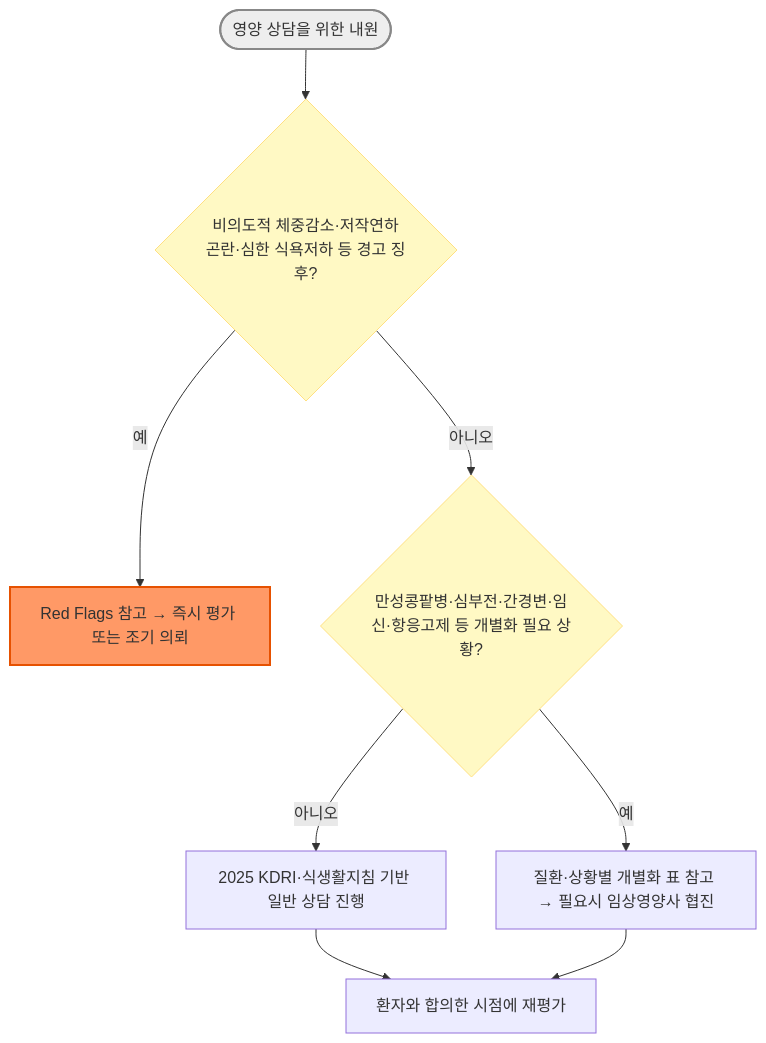
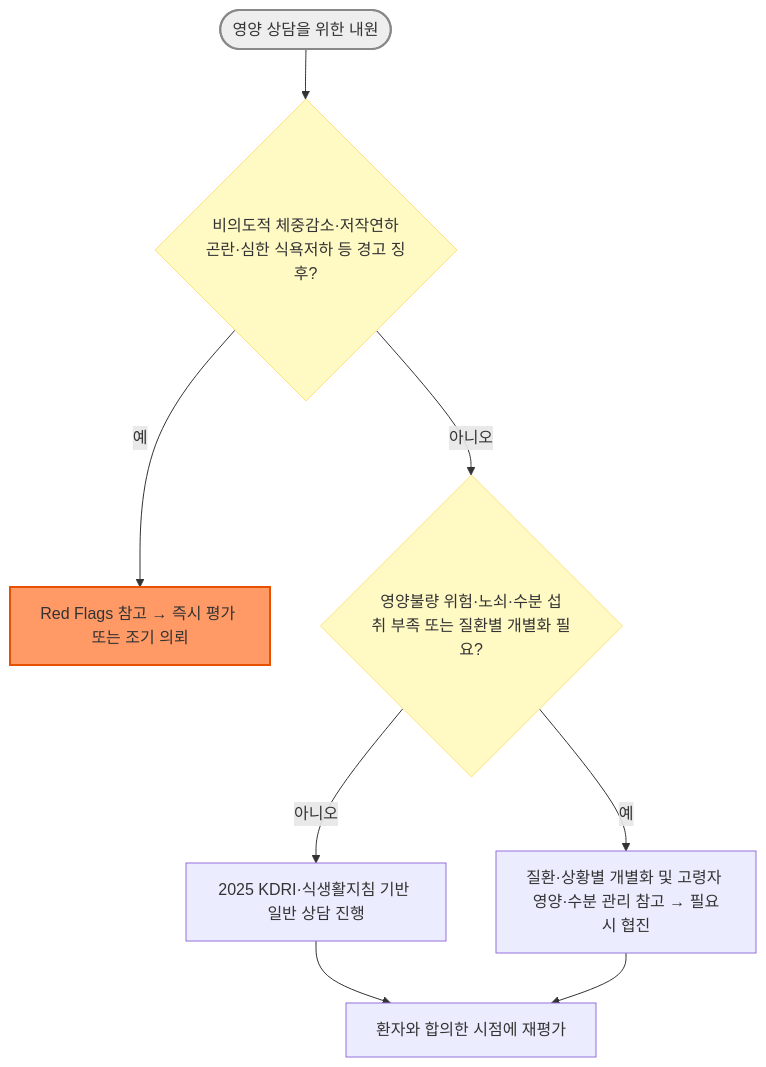
The diagram in 231_/217_-nutritiondiet-guideline.md (familyoh77/familyoh77), drawn with Mermaid before and after one commit. The commit also changed other lines of this file and 4 other files, not shown here.

````diff
--- a/231_/217_-nutritiondiet-guideline.md
+++ b/231_/217_-nutritiondiet-guideline.md
@@ -253,14 +298,14 @@
 ```mermaid
 graph TD
     Start([영양 상담을 위한 내원]) --> Screen{"비의도적 체중감소·저작연하곤란·심한 식욕저하 등 경고 징후?"}
     Screen -->|예| Refer["Red Flags 참고 → 즉시 평가 또는 조기 의뢰"]
-    Screen -->|아니오| Chronic{"만성콩팥병·심부전·간경변·임신·항응고제 등 개별화 필요 상황?"}
-    Chronic -->|예| Individualize["질환·상황별 개별화 표 참고 → 필요시 임상영양사 협진"]
+    Screen -->|아니오| Chronic{"영양불량 위험·노쇠·수분 섭취 부족 또는 질환별 개별화 필요?"}
+    Chronic -->|예| Individualize["질환·상황별 개별화 및 고령자 영양·수분 관리 참고 → 필요시 협진"]
     Chronic -->|아니오| General["2025 KDRI·식생활지침 기반 일반 상담 진행"]
     General --> FollowUp["환자와 합의한 시점에 재평가"]
     Individualize --> FollowUp
     style Start fill:#eeeeee,stroke:#888888,stroke-width:2px
     style Screen fill:#fff9c4,stroke:#ffe082
     style Chronic fill:#fff9c4,stroke:#ffe082
     style Refer fill:#f96,stroke:#e65100,stroke-width:2px
 ```
````
